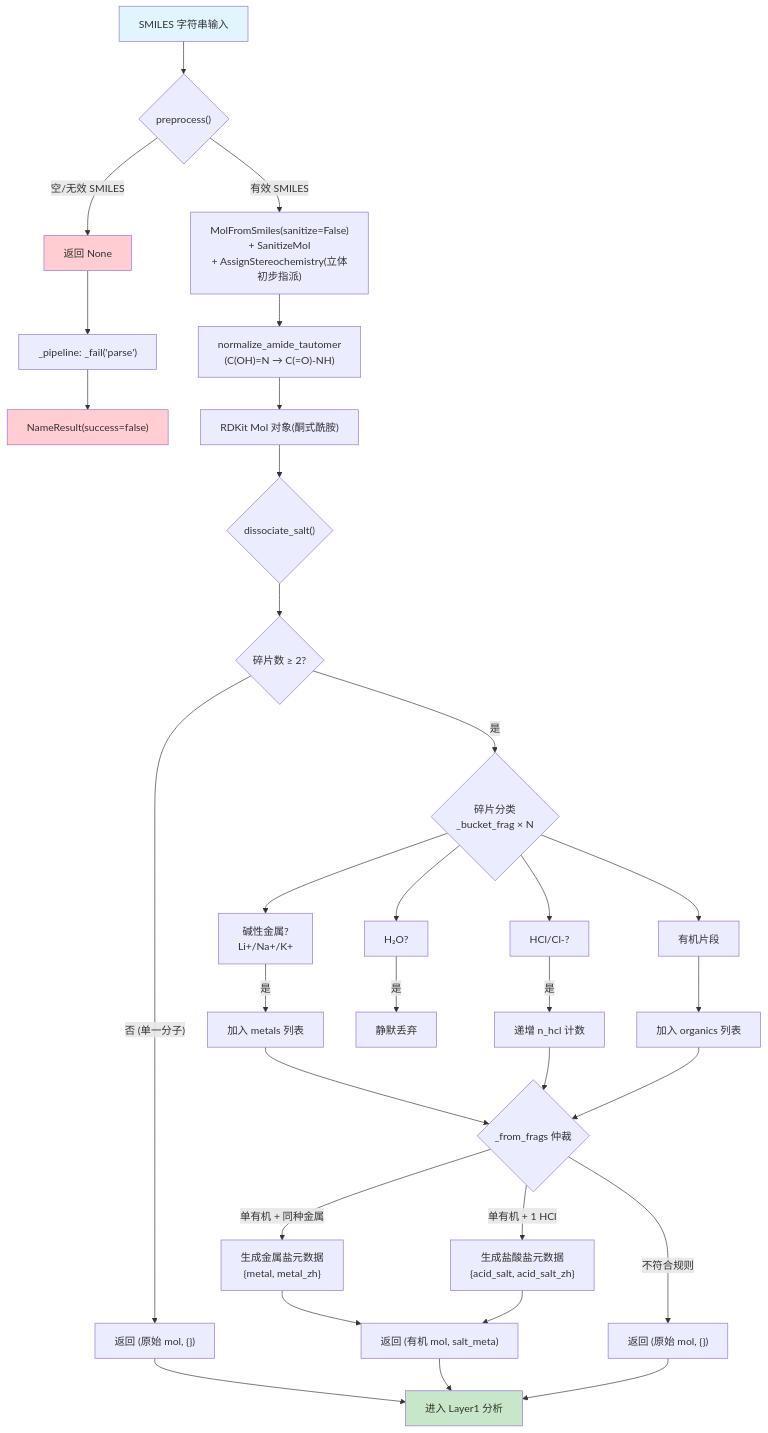
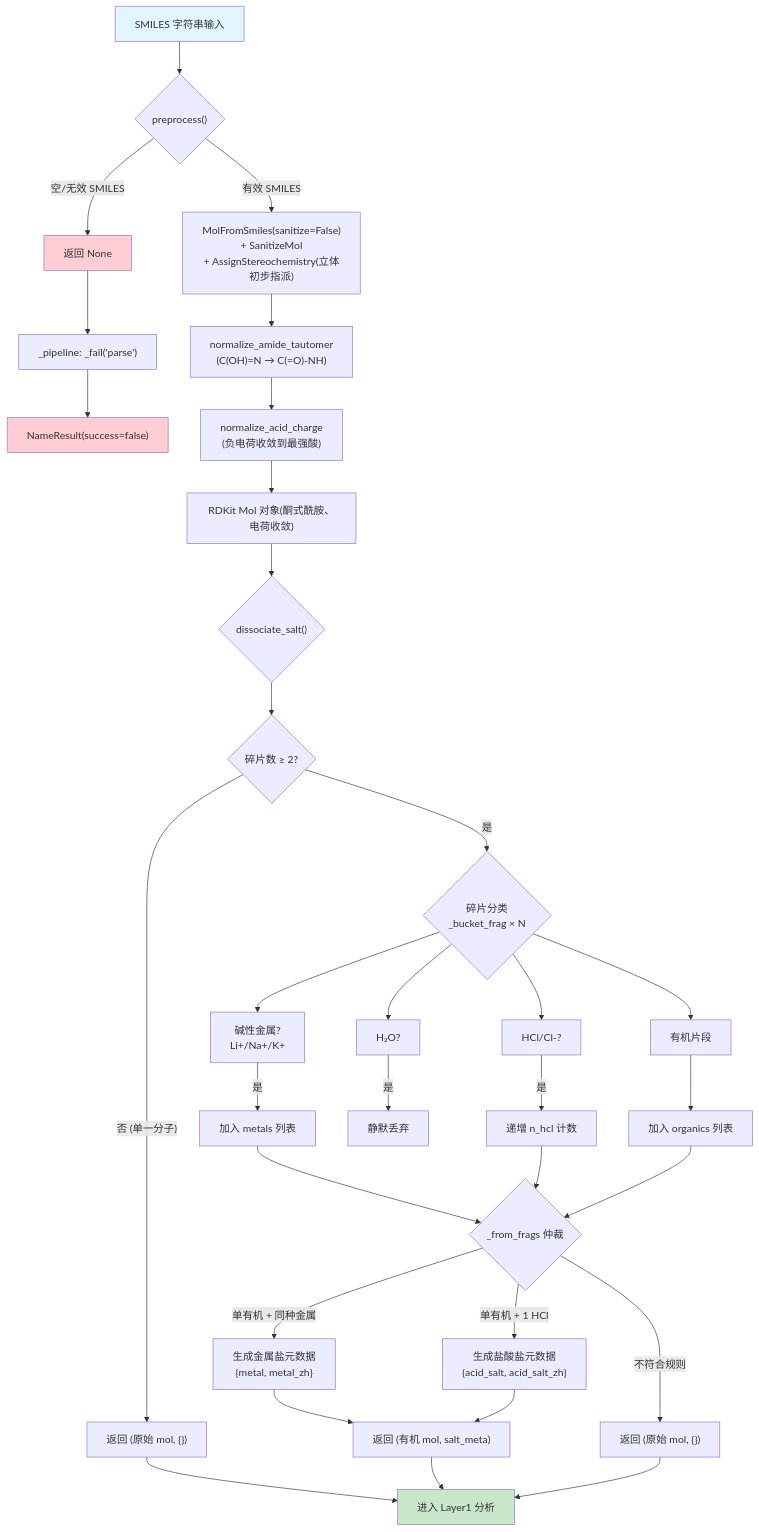
Before and after one commit to zouxiaofei1/OpenSMILES: the first of 2 diagrams in docs/wiki/architecture/layer0-preprocessor.md, drawn with Mermaid. The commit also changed other lines of this file and 21 other files, not shown here.

````diff
--- a/docs/wiki/architecture/layer0-preprocessor.md
+++ b/docs/wiki/architecture/layer0-preprocessor.md
@@ -174,46 +187,47 @@
 ```mermaid
 flowchart TD
     A["SMILES 字符串输入"] --> B{"preprocess()"}
     B -->|"空/无效 SMILES"| C["返回 None"]
     C --> D["_pipeline: _fail('parse')"]
     D --> E["NameResult(success=false)"]
 
     B -->|"有效 SMILES"| P2["MolFromSmiles(sanitize=False)<br/>+ SanitizeMol<br/>+ AssignStereochemistry(立体初步指派)"]
     P2 --> P3["normalize_amide_tautomer<br/>(C(OH)=N → C(=O)-NH)"]
-    P3 --> F["RDKit Mol 对象(酮式酰胺)"]
+    P3 --> P3b["normalize_acid_charge<br/>(负电荷收敛到最强酸)"]
+    P3b --> F["RDKit Mol 对象(酮式酰胺、电荷收敛)"]
     F --> G{"dissociate_salt()"}
     G --> H{"碎片数 ≥ 2?"}
 
     H -->|"否 (单一分子)"| I["返回 (原始 mol, {})"]
     I --> J["进入 Layer1 分析"]
 
     H -->|"是"| K{"碎片分类\n_bucket_frag × N"}
 
     K --> L["碱性金属?\nLi+/Na+/K+"]
     K --> M["HCl/Cl-?"]
     K --> N["H₂O?"]
     K --> O["有机片段"]
 
     L -->|"是"| P["加入 metals 列表"]
     M -->|"是"| Q["递增 n_hcl 计数"]
     N -->|"是"| R["静默丢弃"]
     O --> R2["加入 organics 列表"]
 
     P --> S{"_from_frags 仲裁"}
     Q --> S
     R2 --> S
 
     S -->|"单有机 + 同种金属"| T["生成金属盐元数据\n{metal, metal_zh}"]
     S -->|"单有机 + 1 HCl"| U["生成盐酸盐元数据\n{acid_salt, acid_salt_zh}"]
     S -->|"不符合规则"| V["返回 (原始 mol, {})"]
 
     T --> W["返回 (有机 mol, salt_meta)"]
     U --> W
     W --> J
     V --> J
 
     style A fill:#e1f5fe
     style E fill:#ffcdd2
     style J fill:#c8e6c9
     style C fill:#ffcdd2
 ```
````
